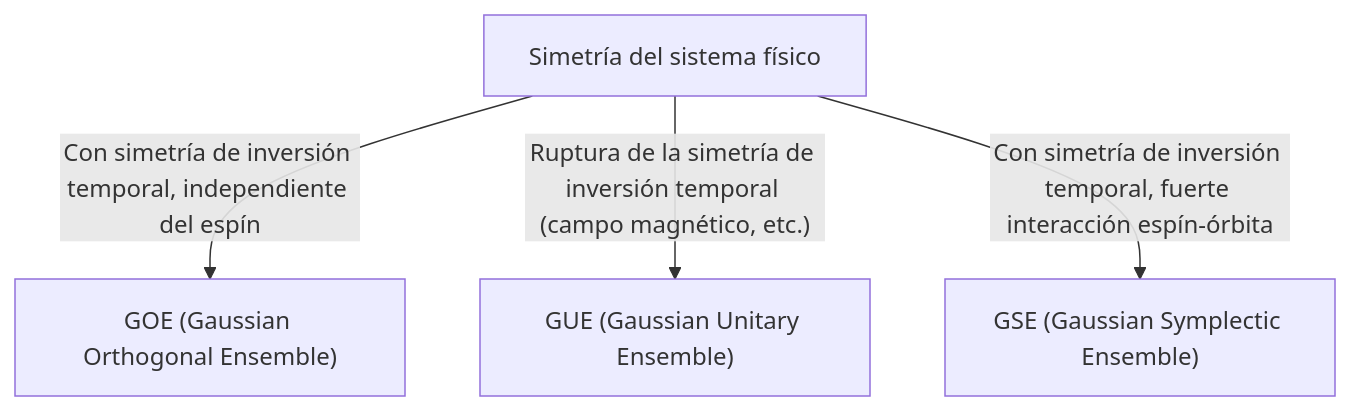
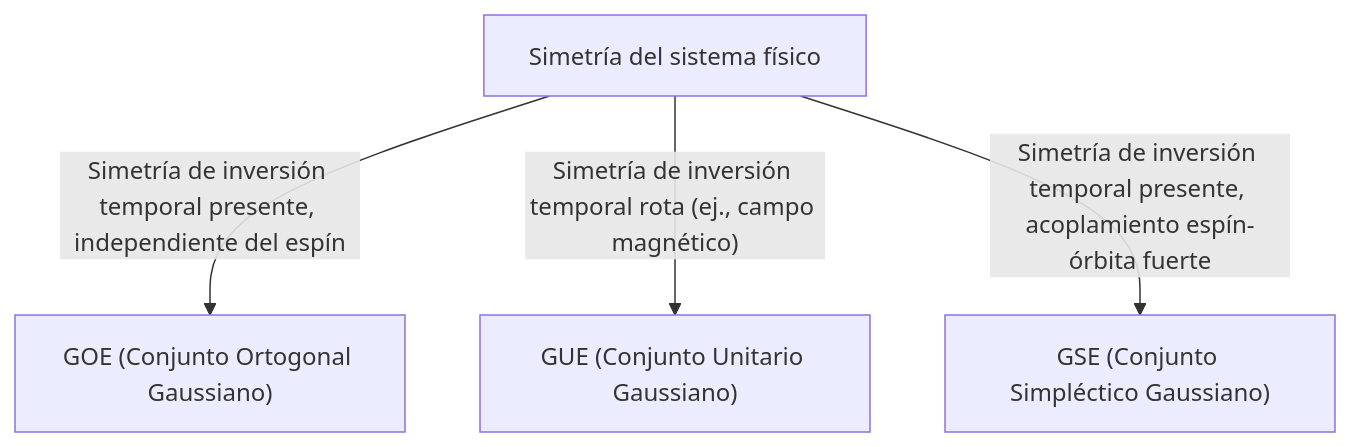
One commit to kenjinote/blog changed the diagram in content/post/random-matrix-theory/index.es.md. Above: the diagram before and after it, drawn with Mermaid. The commit also changed other lines of this file and 11 other files, not shown here.

````diff
--- a/content/post/random-matrix-theory/index.es.md
+++ b/content/post/random-matrix-theory/index.es.md
@@ -43,6 +43,6 @@
 ```mermaid
 graph TD
-    A["Simetría del sistema físico"] -- "Con simetría de inversión temporal, independiente del espín" --> B["GOE (Gaussian Orthogonal Ensemble)"]
-    A -- "Ruptura de la simetría de inversión temporal (campo magnético, etc.)" --> C["GUE (Gaussian Unitary Ensemble)"]
-    A -- "Con simetría de inversión temporal, fuerte interacción espín-órbita" --> D["GSE (Gaussian Symplectic Ensemble)"]
+    A["Simetría del sistema físico"] -- "Simetría de inversión temporal presente, independiente del espín" --> B["GOE (Conjunto Ortogonal Gaussiano)"]
+    A -- "Simetría de inversión temporal rota (ej., campo magnético)" --> C["GUE (Conjunto Unitario Gaussiano)"]
+    A -- "Simetría de inversión temporal presente, acoplamiento espín-órbita fuerte" --> D["GSE (Conjunto Simpléctico Gaussiano)"]
 ```
````
